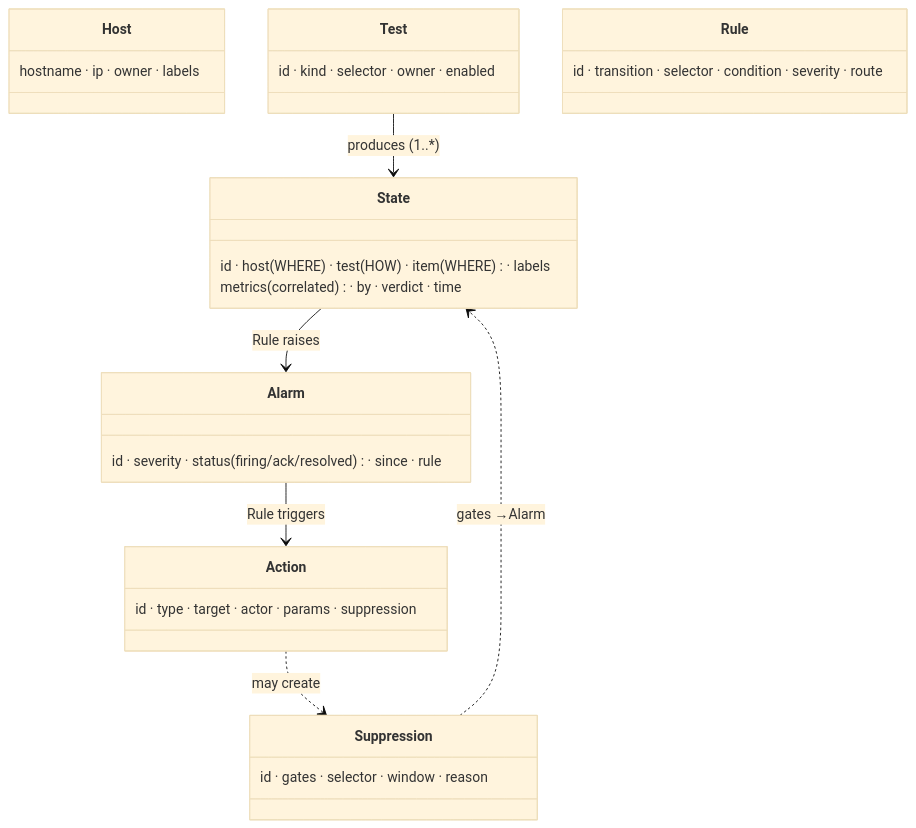
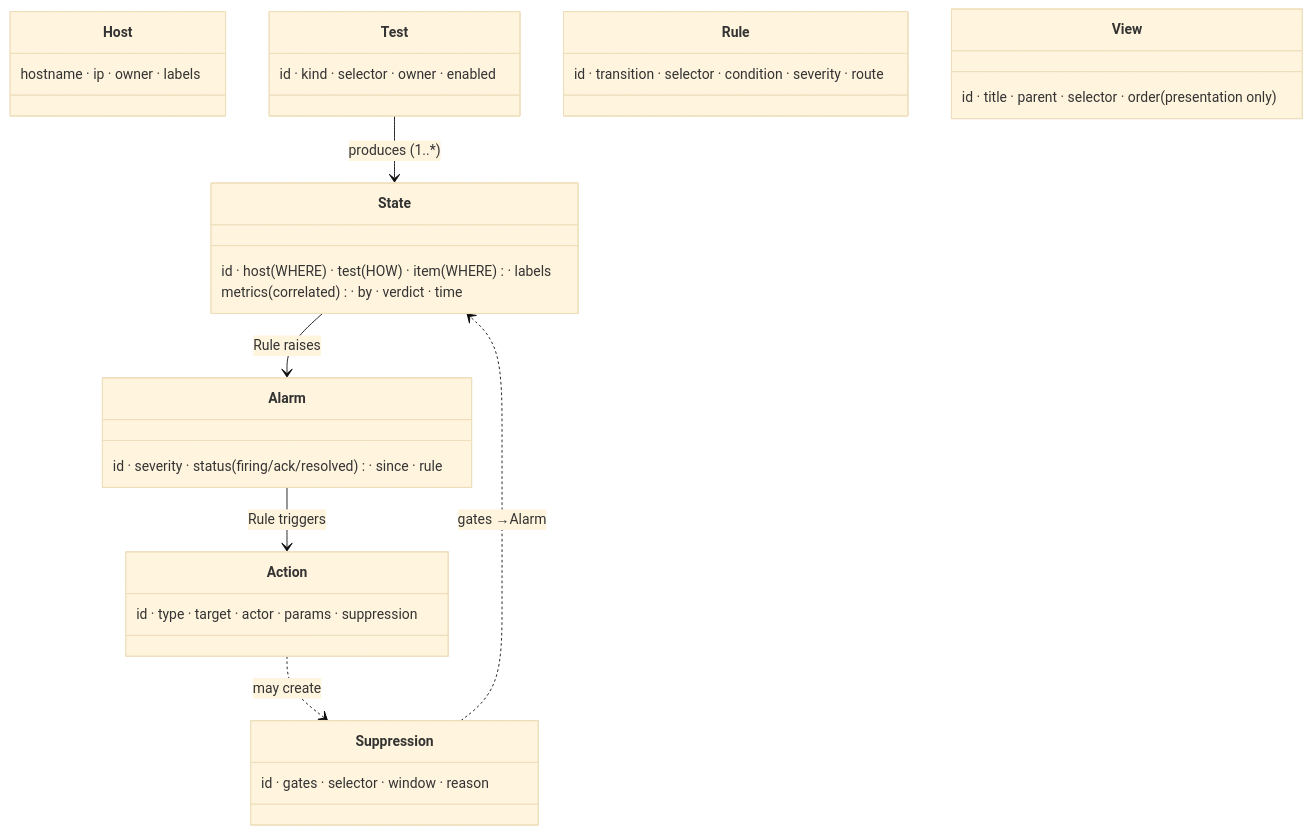
Before and after one commit to bonomani/xymon: the second of 2 diagrams in docs/api/STRUCTURE.md, drawn with Mermaid (base theme). The commit also changed other lines of this file and 4 other files, not shown here.

````diff
--- a/docs/api/STRUCTURE.md
+++ b/docs/api/STRUCTURE.md
@@ -113,19 +116,20 @@
 ```mermaid
 classDiagram
     class State {
         id · host(WHERE) · test(HOW) · item(WHERE) · labels
         metrics(correlated) · by · verdict · time
     }
     class Alarm   { id · severity · status(firing/ack/resolved) · since · rule }
     class Action  { id · type · target · actor · params · suppression }
     class Host    { hostname · ip · owner · labels }
     class Test    { id · kind · selector · owner · enabled }
     class Rule    { id · transition · selector · condition · severity · route }
     class Suppression { id · gates · selector · window · reason }
+    class View    { id · title · parent · selector · order  (presentation only) }
 
     Test --> State : produces (1..*)
     State --> Alarm : Rule raises
     Alarm --> Action : Rule triggers
     Action ..> Suppression : may create
     Suppression ..> State : gates →Alarm
 ```
````
